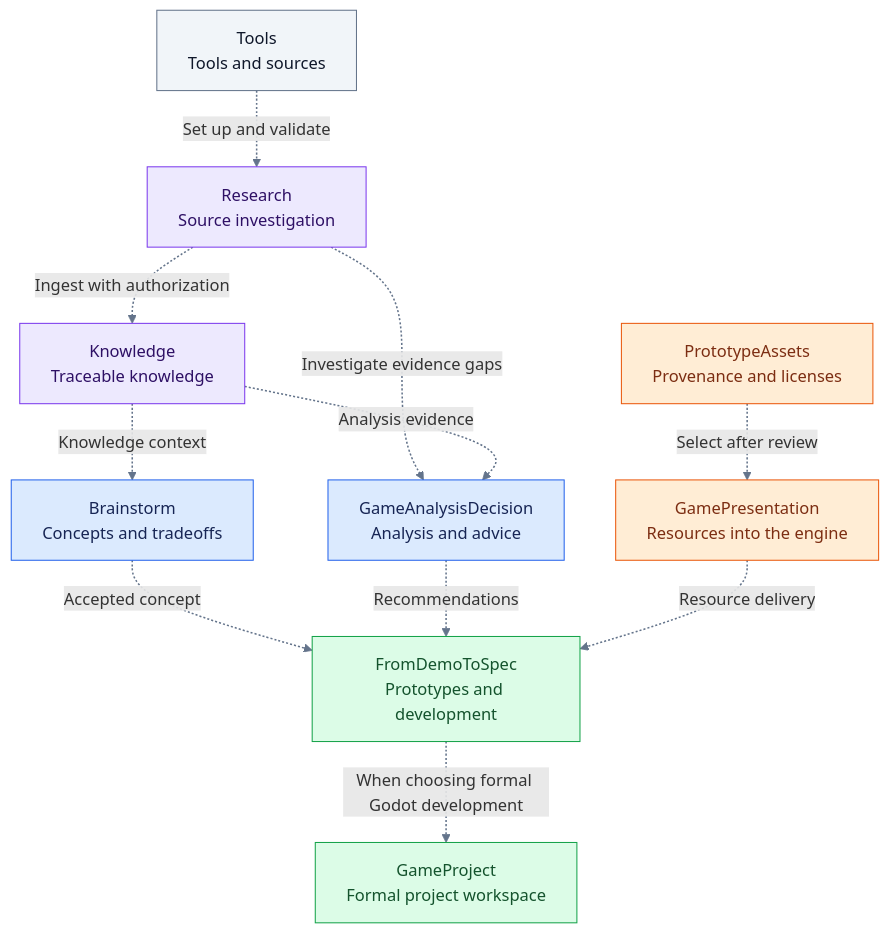
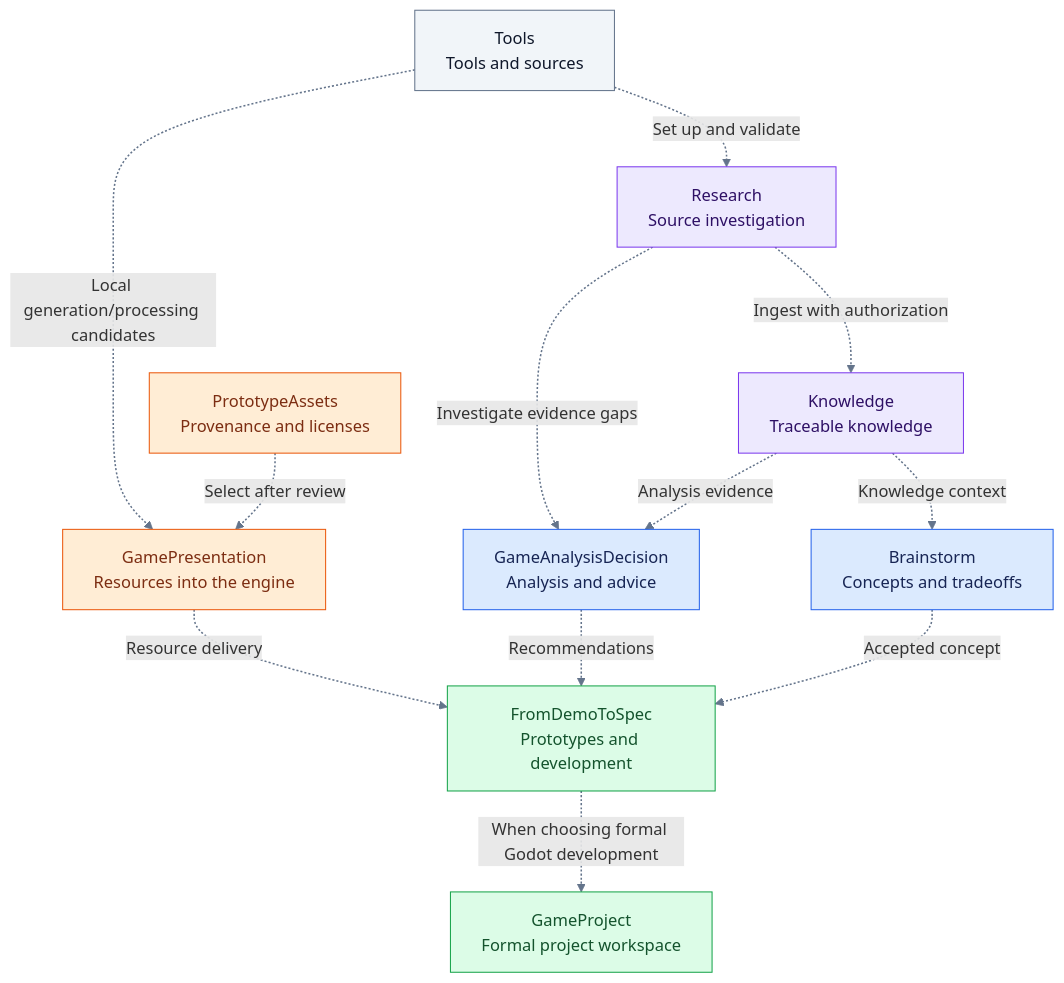
One commit to ZhongTyler/AgentWorkSpace changed the first of 2 diagrams in README.en.md. Above: the diagram before and after it, drawn with Mermaid. The commit also changed other lines of this file and 45 other files, not shown here.

````diff
--- a/README.en.md
+++ b/README.en.md
@@ -27,30 +27,31 @@
 ```mermaid
 flowchart TB
     Tools["Tools<br/>Tools and sources"]:::support
     Research["Research<br/>Source investigation"]:::evidence
     Knowledge["Knowledge<br/>Traceable knowledge"]:::evidence
     Brainstorm["Brainstorm<br/>Concepts and tradeoffs"]:::work
     Analysis["GameAnalysisDecision<br/>Analysis and advice"]:::work
     Prototype["FromDemoToSpec<br/>Prototypes and development"]:::delivery
     Project["GameProject<br/>Formal project workspace"]:::delivery
     Assets["PrototypeAssets<br/>Provenance and licenses"]:::assets
     Presentation["GamePresentation<br/>Resources into the engine"]:::assets
 
     Tools -. "Set up and validate" .-> Research
+    Tools -. "Local generation/processing candidates" .-> Presentation
     Research -. "Ingest with authorization" .-> Knowledge
     Research -. "Investigate evidence gaps" .-> Analysis
     Knowledge -. "Knowledge context" .-> Brainstorm
     Knowledge -. "Analysis evidence" .-> Analysis
     Brainstorm -. "Accepted concept" .-> Prototype
     Analysis -. "Recommendations" .-> Prototype
     Assets -. "Select after review" .-> Presentation
     Presentation -. "Resource delivery" .-> Prototype
     Prototype -. "When choosing formal Godot development" .-> Project
 
     linkStyle default stroke:#64748b,stroke-width:1.5px
     classDef support fill:#f1f5f9,stroke:#64748b,color:#0f172a
     classDef evidence fill:#ede9fe,stroke:#7c3aed,color:#2e1065
     classDef work fill:#dbeafe,stroke:#2563eb,color:#172554
     classDef assets fill:#ffedd5,stroke:#ea580c,color:#7c2d12
     classDef delivery fill:#dcfce7,stroke:#16a34a,color:#14532d
 ```
````
